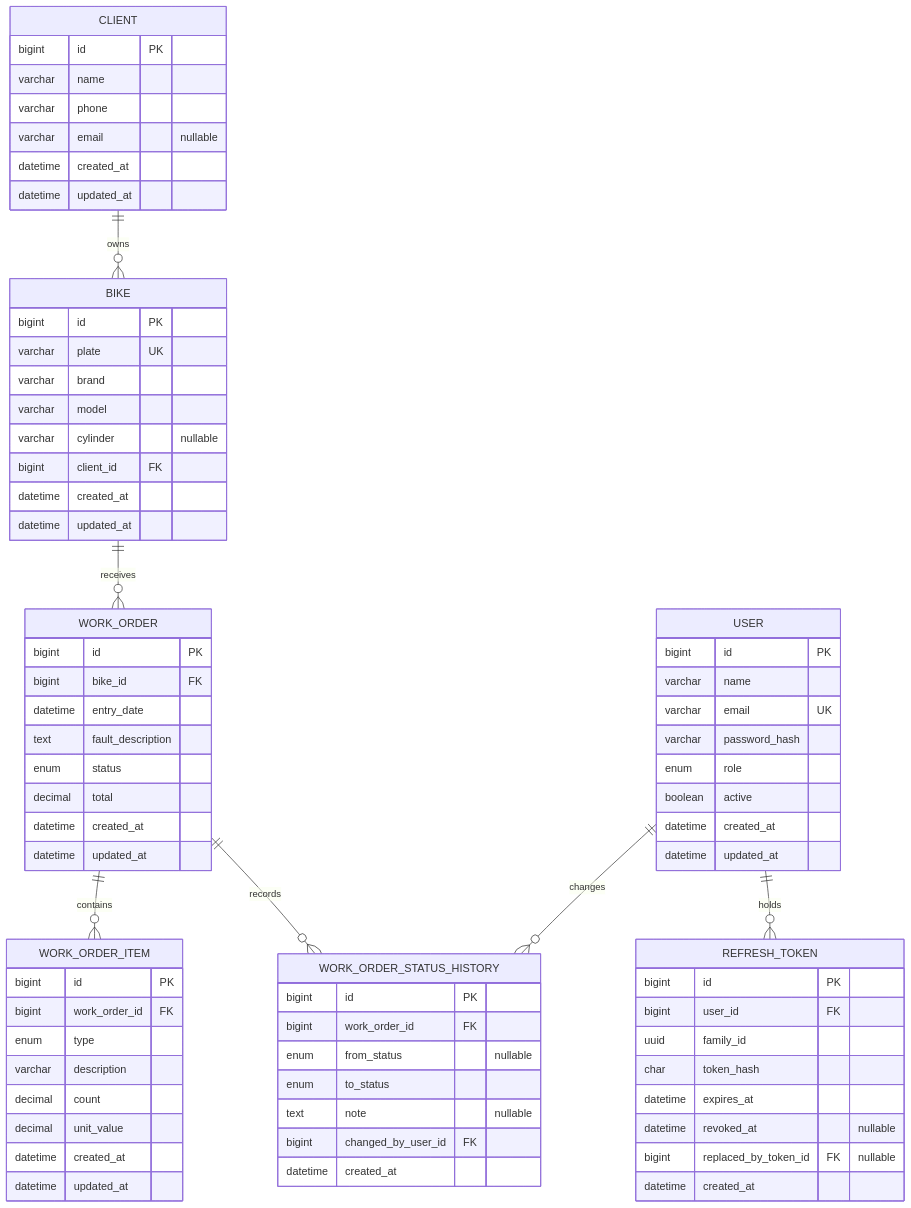
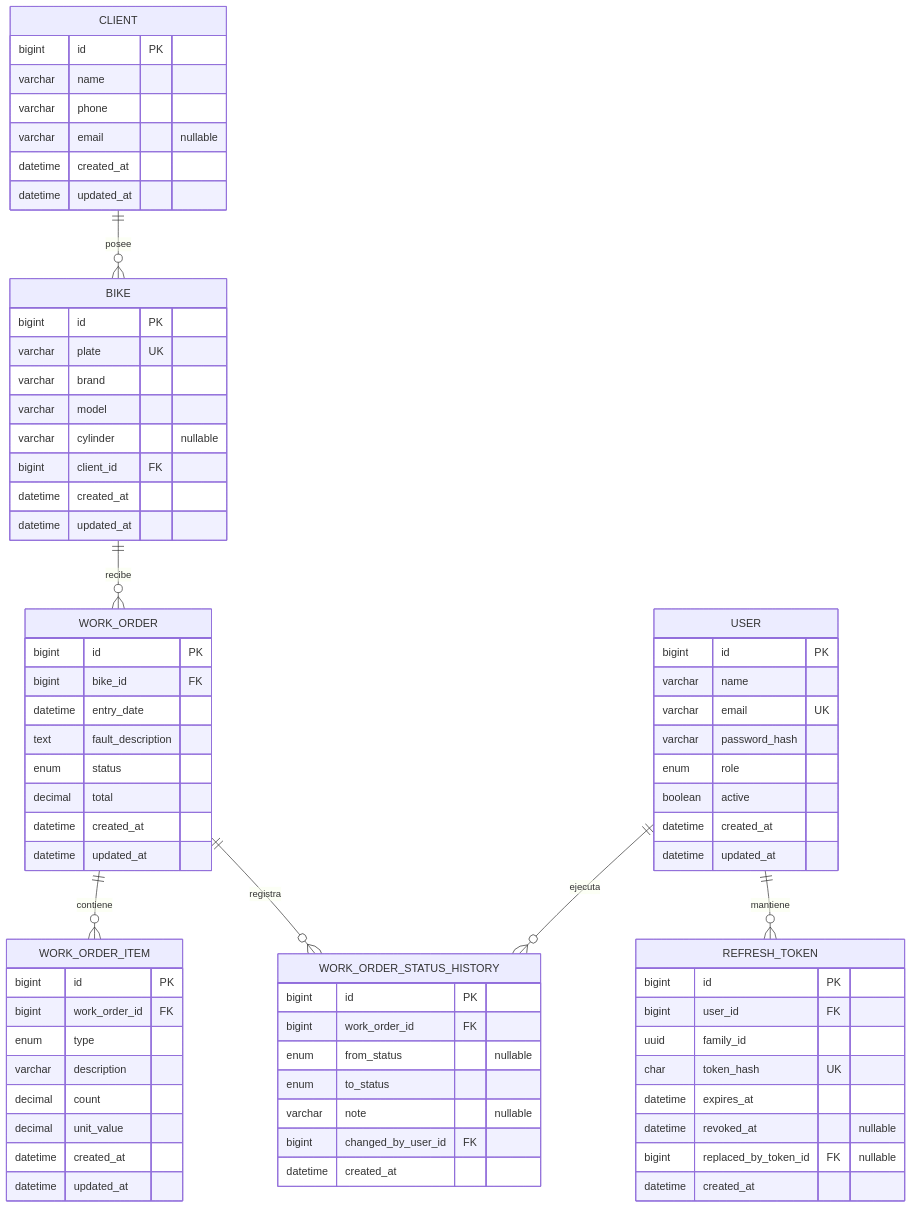
Before and after one commit to san7imo/prueba-tecnica-pavas: the diagram in docs/database.md, drawn with Mermaid. The commit also changed other lines of this file and 20 other files, not shown here.

````diff
--- a/docs/database.md
+++ b/docs/database.md
@@ -20,77 +19,77 @@
 ```mermaid
 erDiagram
-    CLIENT ||--o{ BIKE : owns
-    BIKE ||--o{ WORK_ORDER : receives
-    WORK_ORDER ||--o{ WORK_ORDER_ITEM : contains
-    WORK_ORDER ||--o{ WORK_ORDER_STATUS_HISTORY : records
-    USER ||--o{ WORK_ORDER_STATUS_HISTORY : changes
-    USER ||--o{ REFRESH_TOKEN : holds
+    CLIENT ||--o{ BIKE : posee
+    BIKE ||--o{ WORK_ORDER : recibe
+    WORK_ORDER ||--o{ WORK_ORDER_ITEM : contiene
+    WORK_ORDER ||--o{ WORK_ORDER_STATUS_HISTORY : registra
+    USER ||--o{ WORK_ORDER_STATUS_HISTORY : ejecuta
+    USER ||--o{ REFRESH_TOKEN : mantiene
 
     CLIENT {
       bigint id PK
       varchar name
       varchar phone
       varchar email "nullable"
       datetime created_at
       datetime updated_at
     }
     BIKE {
       bigint id PK
       varchar plate UK
       varchar brand
       varchar model
       varchar cylinder "nullable"
       bigint client_id FK
       datetime created_at
       datetime updated_at
     }
     WORK_ORDER {
       bigint id PK
       bigint bike_id FK
       datetime entry_date
       text fault_description
       enum status
       decimal total
       datetime created_at
       datetime updated_at
     }
     WORK_ORDER_ITEM {
       bigint id PK
       bigint work_order_id FK
       enum type
       varchar description
       decimal count
       decimal unit_value
       datetime created_at
       datetime updated_at
     }
     USER {
       bigint id PK
       varchar name
       varchar email UK
       varchar password_hash
       enum role
       boolean active
       datetime created_at
       datetime updated_at
     }
+    REFRESH_TOKEN {
+      bigint id PK
+      bigint user_id FK
+      uuid family_id
+      char token_hash UK
+      datetime expires_at
+      datetime revoked_at "nullable"
+      bigint replaced_by_token_id FK "nullable"
+      datetime created_at
+    }
     WORK_ORDER_STATUS_HISTORY {
       bigint id PK
       bigint work_order_id FK
       enum from_status "nullable"
       enum to_status
-      text note "nullable"
+      varchar note "nullable"
       bigint changed_by_user_id FK
       datetime created_at
     }
-    REFRESH_TOKEN {
-      bigint id PK
-      bigint user_id FK
-      uuid family_id
-      char token_hash
-      datetime expires_at
-      datetime revoked_at "nullable"
-      bigint replaced_by_token_id FK "nullable"
-      datetime created_at
-    }
 ```
````
